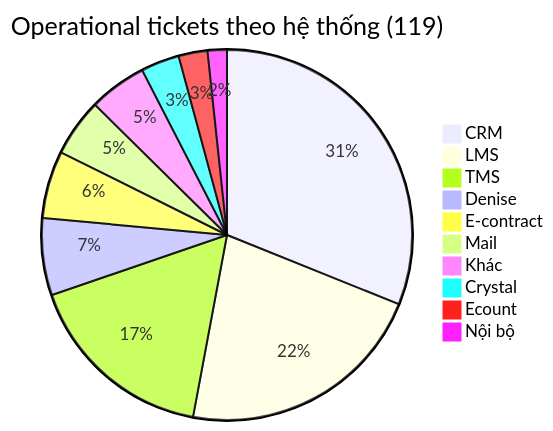
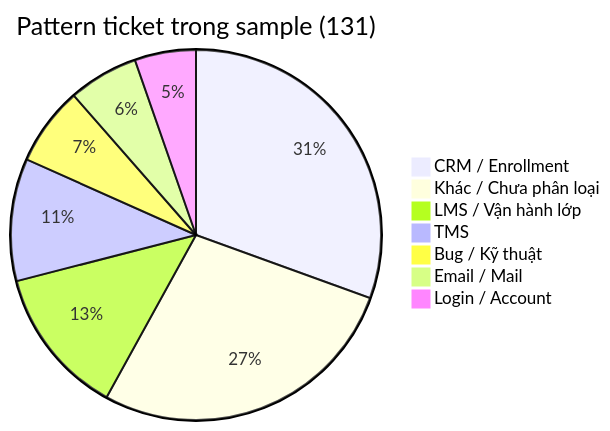
The diagram in week-5/odoo-automation/week-5/sample-report-ticket-analysis.md (Anhmy27/Tickets-manager-CLI-Mindx-homework-), drawn with Mermaid before and after one commit. The commit also changed other lines of this file, not shown here.

````diff
--- a/week-5/odoo-automation/week-5/sample-report-ticket-analysis.md
+++ b/week-5/odoo-automation/week-5/sample-report-ticket-analysis.md
@@ -107,13 +43,10 @@
 ```mermaid
-pie title Operational tickets theo hệ thống (119)
-  "CRM" : 37
-  "LMS" : 26
-  "TMS" : 20
-  "Denise" : 8
-  "E-contract" : 7
-  "Mail" : 6
-  "Khác" : 6
-  "Crystal" : 4
-  "Ecount" : 3
-  "Nội bộ" : 2
+pie title Pattern ticket trong sample (131)
+  "CRM / Enrollment" : 40
+  "Khác / Chưa phân loại" : 36
+  "LMS / Vận hành lớp" : 17
+  "TMS" : 14
+  "Bug / Kỹ thuật" : 9
+  "Email / Mail" : 8
+  "Login / Account" : 7
 ```
````
